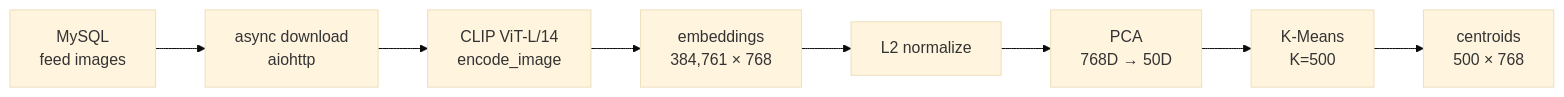
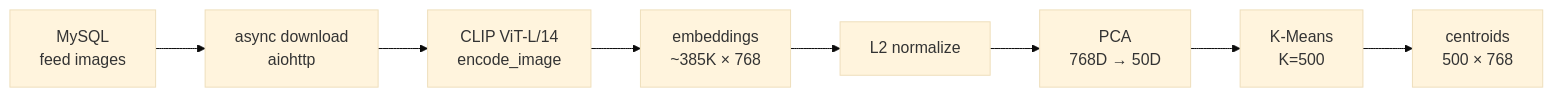
One commit to Ssopaa/Ssopaa changed the first of 2 diagrams in projects/inpose.md. Above: the diagram before and after it, drawn with Mermaid (base theme). The commit also changed other lines of this file and 1 other file, not shown here.

````diff
--- a/projects/inpose.md
+++ b/projects/inpose.md
@@ -34,10 +34,10 @@
 ```mermaid
 flowchart LR
     A[MySQL<br/>feed images] --> B[async download<br/>aiohttp]
     B --> C[CLIP ViT-L/14<br/>encode_image]
-    C --> D[embeddings<br/>384,761 × 768]
+    C --> D[embeddings<br/>~385K × 768]
     D --> E[L2 normalize]
     E --> F[PCA<br/>768D → 50D]
     F --> G[K-Means<br/>K=500]
     G --> H[centroids<br/>500 × 768]
 ```
````
